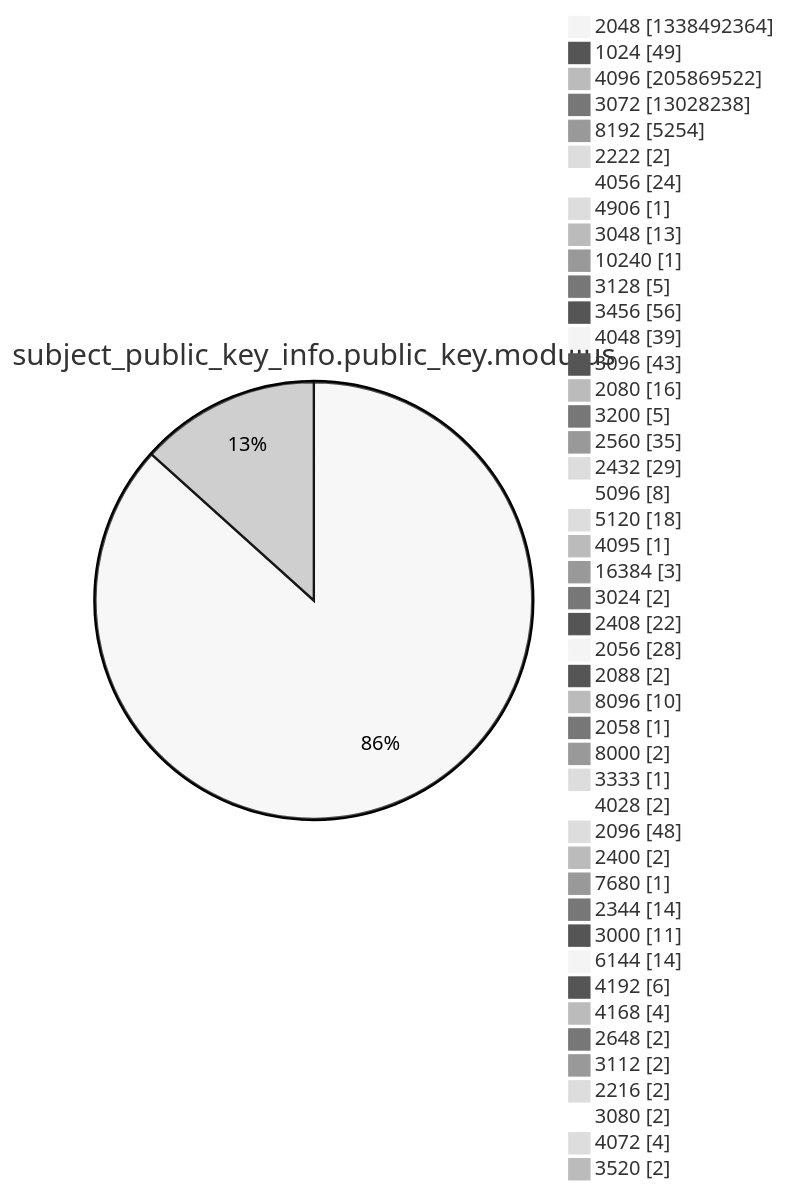
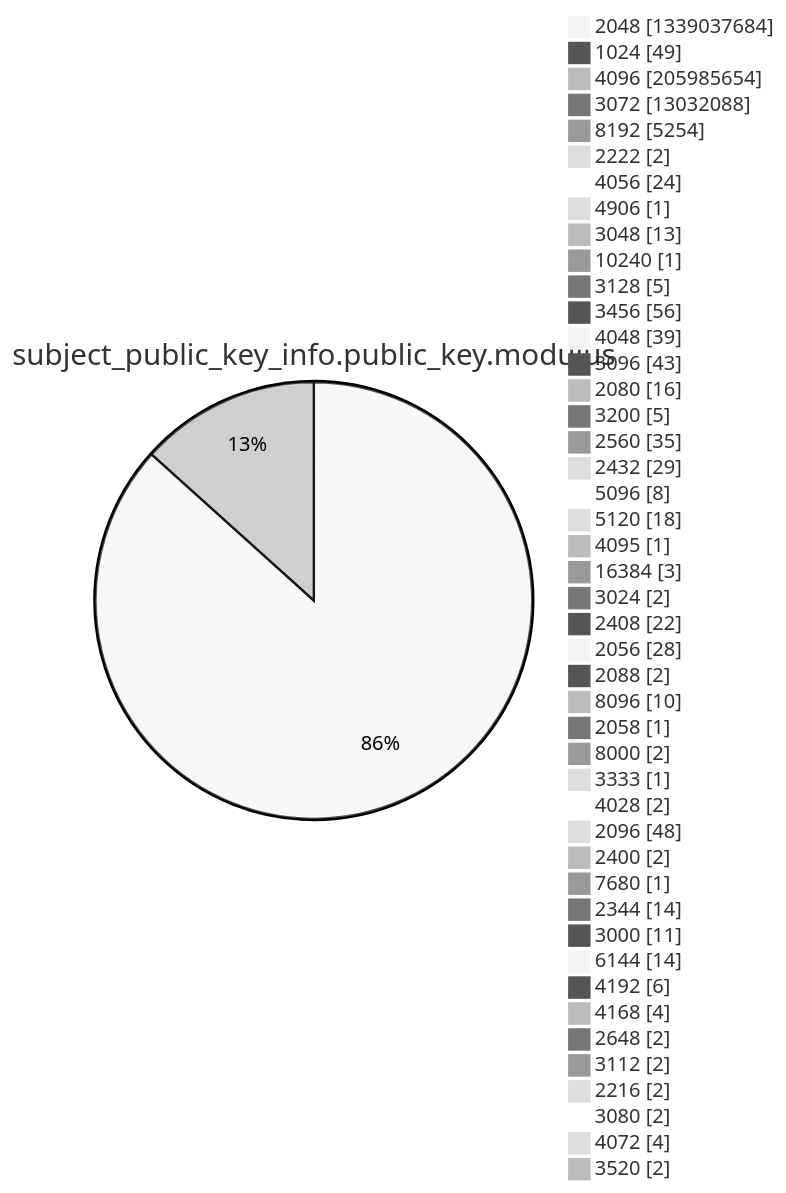
One commit to christiankrug/ctmonitor_visualization changed diagram 13 of 15 in xenon2022/README.md. Above: the diagram before and after it, drawn with Mermaid (neutral theme). The commit also changed other lines of this file, not shown here.

````diff
--- a/xenon2022/README.md
+++ b/xenon2022/README.md
@@ -3926,49 +3926,49 @@
 ```mermaid
 pie showData
 title subject_public_key_info.public_key.modulus
-"2048" :1338492364
+"2048" :1339037684
 "1024" :49
-"4096" :205869522
-"3072" :13028238
+"4096" :205985654
+"3072" :13032088
 "8192" :5254
 "2222" :2
 "4056" :24
 "4906" :1
 "3048" :13
 "10240" :1
 "3128" :5
 "3456" :56
 "4048" :39
 "3096" :43
 "2080" :16
 "3200" :5
 "2560" :35
 "2432" :29
 "5096" :8
 "5120" :18
 "4095" :1
 "16384" :3
 "3024" :2
 "2408" :22
 "2056" :28
 "2088" :2
 "8096" :10
 "2058" :1
 "8000" :2
 "3333" :1
 "4028" :2
 "2096" :48
 "2400" :2
 "7680" :1
 "2344" :14
 "3000" :11
 "6144" :14
 "4192" :6
 "4168" :4
 "2648" :2
 "3112" :2
 "2216" :2
 "3080" :2
 "4072" :4
 "3520" :2
 ```
````
